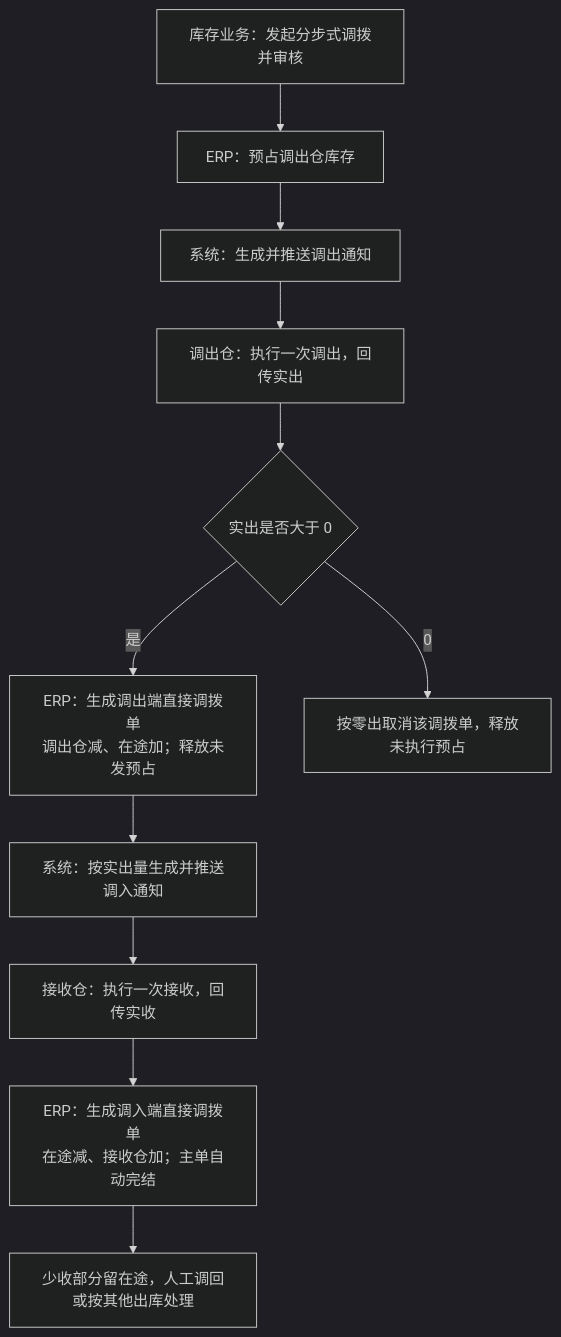
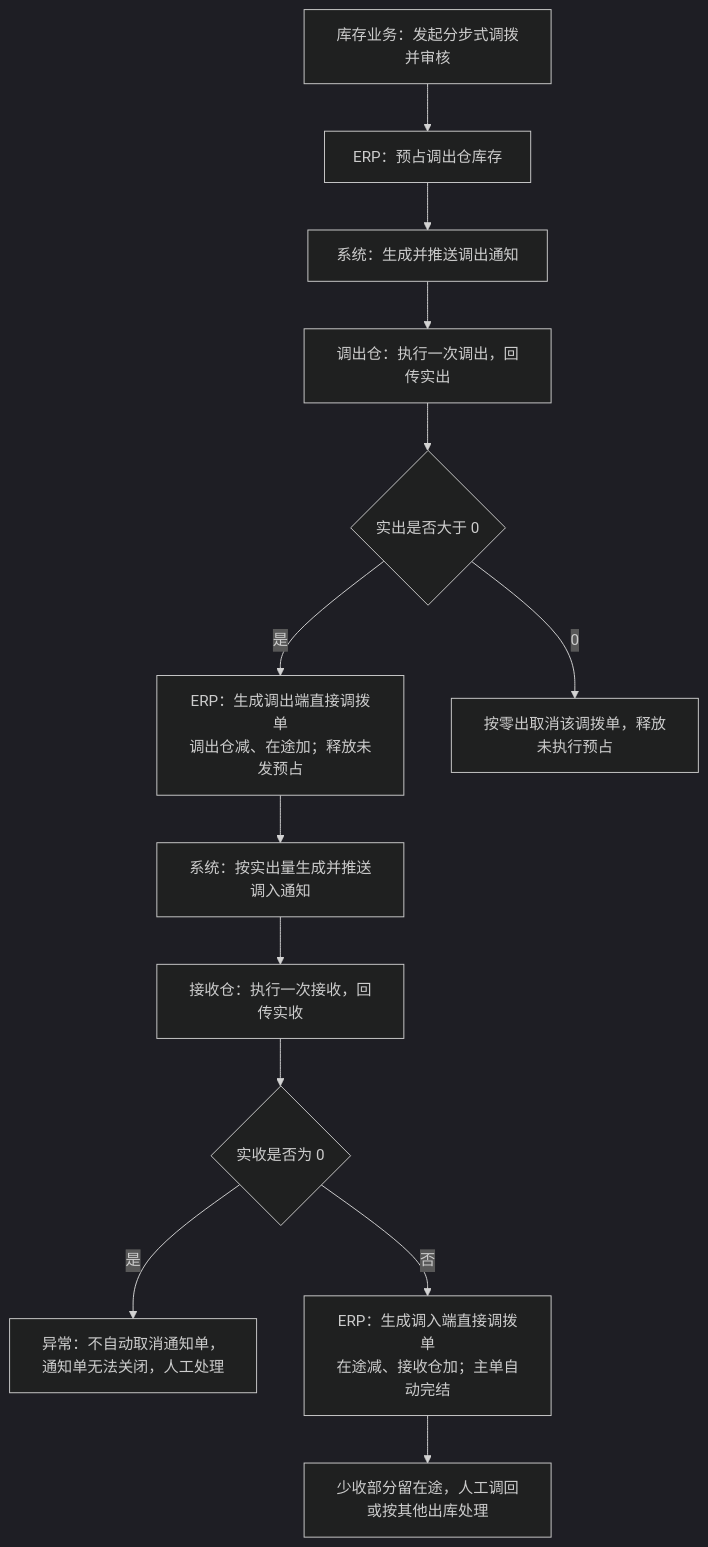
One commit to TopVitamin/QS-ERP-Project changed the seventh of 11 diagrams in 04-产品设计方案/20260812-ERP项目第一版框架搭建/系统架构和流程/01-系统流程与单据交互.md. Above: the diagram before and after it, drawn with Mermaid (dark theme). The commit also changed other lines of this file and 35 other files, not shown here.

````diff
--- a/04-产品设计方案/20260812-ERP项目第一版框架搭建/系统架构和流程/01-系统流程与单据交互.md
+++ b/04-产品设计方案/20260812-ERP项目第一版框架搭建/系统架构和流程/01-系统流程与单据交互.md
@@ -233,13 +233,15 @@
 ```mermaid
 flowchart TB
     A[库存业务：发起分步式调拨并审核] --> B[ERP：预占调出仓库存]
     B --> C[系统：生成并推送调出通知]
     C --> D[调出仓：执行一次调出，回传实出]
     D --> E{实出是否大于 0}
     E -->|是| F[ERP：生成调出端直接调拨单<br/>调出仓减、在途加；释放未发预占]
     E -->|0| G[按零出取消该调拨单，释放未执行预占]
     F --> H[系统：按实出量生成并推送调入通知]
     H --> I[接收仓：执行一次接收，回传实收]
-    I --> J[ERP：生成调入端直接调拨单<br/>在途减、接收仓加；主单自动完结]
+    I --> I0{实收是否为 0}
+    I0 -->|是| I1[异常：不自动取消通知单，通知单无法关闭，人工处理]
+    I0 -->|否| J[ERP：生成调入端直接调拨单<br/>在途减、接收仓加；主单自动完结]
     J --> K[少收部分留在途，人工调回或按其他出库处理]
 ```
````
